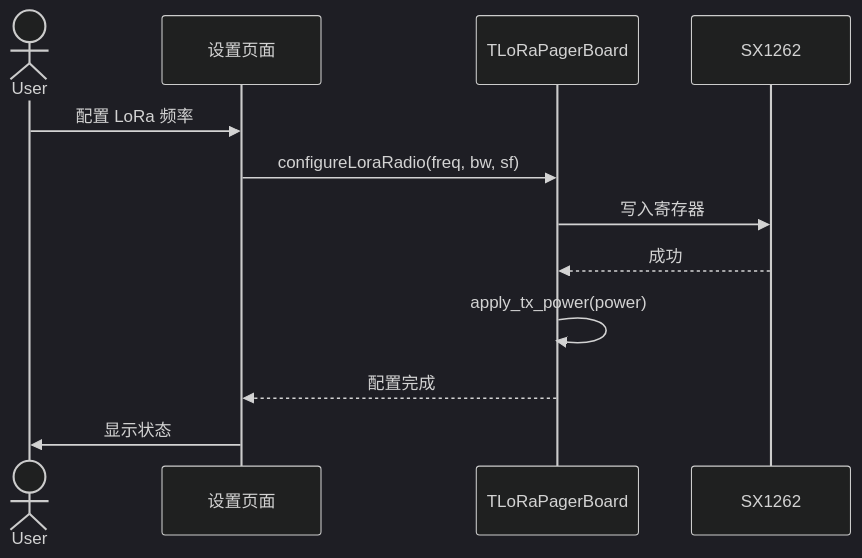
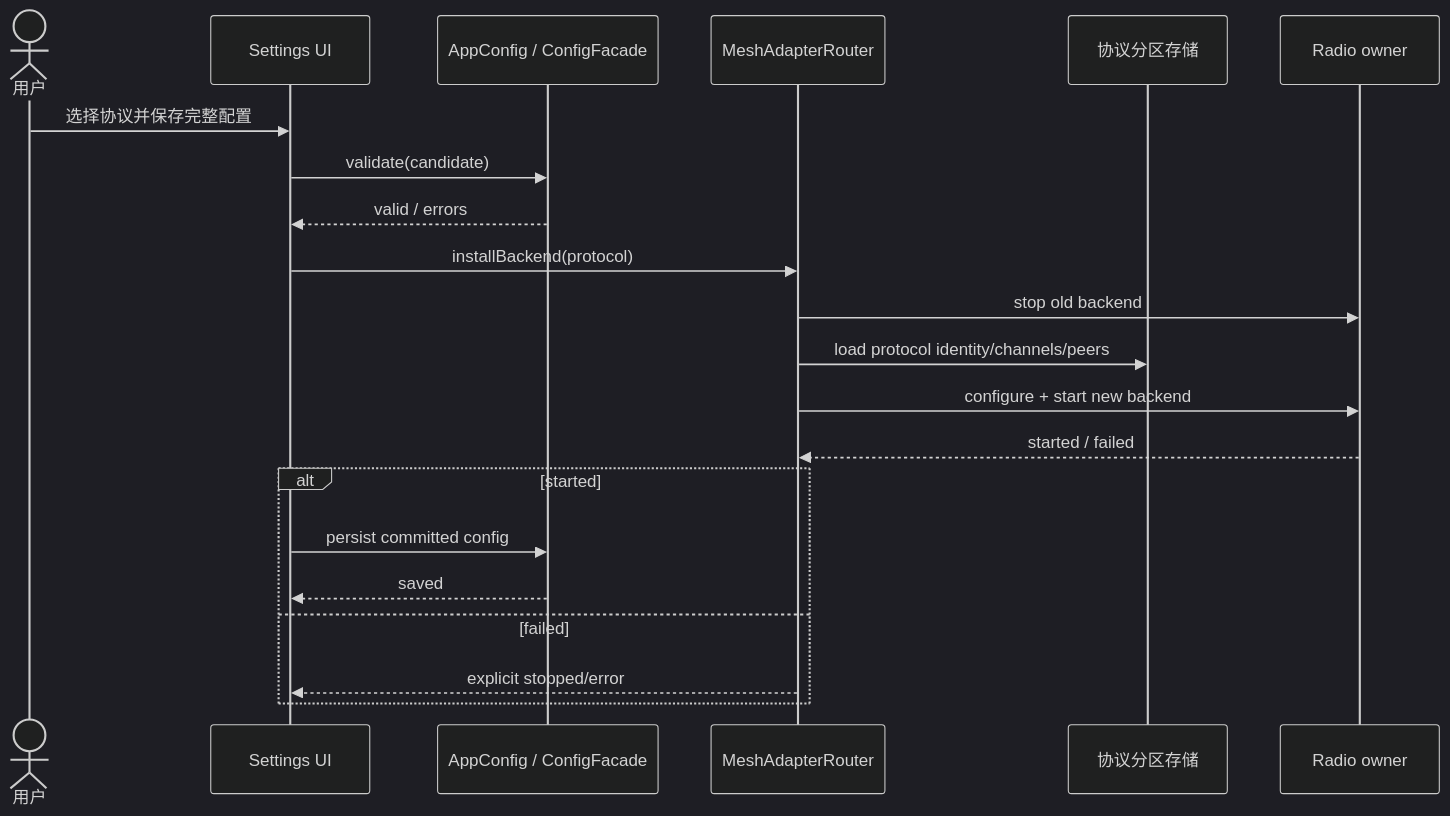
Before and after one commit to manmuqingshan/trail-mate: the diagram in docs/design/use-case-diagrams/configure-radio-parameters/sequences/sequence-configure-radio-parameters.md, drawn with Mermaid (dark theme). The commit also changed other lines of this file and 290 other files, not shown here.

````diff
--- a/docs/design/use-case-diagrams/configure-radio-parameters/sequences/sequence-configure-radio-parameters.md
+++ b/docs/design/use-case-diagrams/configure-radio-parameters/sequences/sequence-configure-radio-parameters.md
@@ -78,14 +3,23 @@
 ```mermaid
 sequenceDiagram
-  actor User
-  participant UI as 设置页面
-  participant Board as TLoRaPagerBoard
-  participant Radio as SX1262
-  User->>UI: 配置 LoRa 频率
-  UI->>Board: configureLoraRadio(freq, bw, sf)
-  Board->>Radio: 写入寄存器
-  Radio-->>Board: 成功
-  Board->>Board: apply_tx_power(power)
-  Board-->>UI: 配置完成
-  UI->>User: 显示状态
+  actor U as 用户
+  participant Settings as Settings UI
+  participant Config as AppConfig / ConfigFacade
+  participant Router as MeshAdapterRouter
+  participant Store as 协议分区存储
+  participant Radio as Radio owner
+  U->>Settings: 选择协议并保存完整配置
+  Settings->>Config: validate(candidate)
+  Config-->>Settings: valid / errors
+  Settings->>Router: installBackend(protocol)
+  Router->>Radio: stop old backend
+  Router->>Store: load protocol identity/channels/peers
+  Router->>Radio: configure + start new backend
+  Radio-->>Router: started / failed
+  alt started
+    Settings->>Config: persist committed config
+    Config-->>Settings: saved
+  else failed
+    Router-->>Settings: explicit stopped/error
+  end
 ```
````
